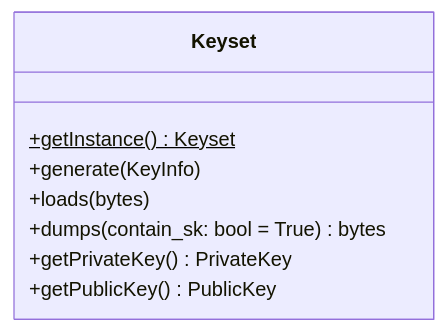
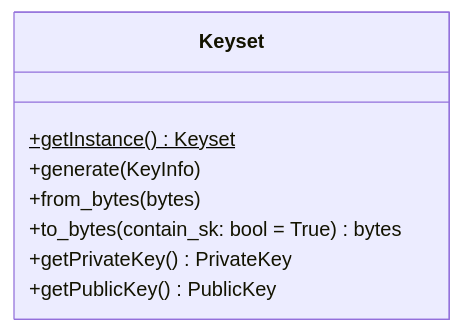
Before and after one commit to primus-labs/Aegis: the third of 7 diagrams in docs/design/binding.md, drawn with Mermaid. The commit also changed other lines of this file, not shown here.

````diff
--- a/docs/design/binding.md
+++ b/docs/design/binding.md
@@ -80,11 +81,11 @@
 ```mermaid {align="center"}
 classDiagram
   class Keyset {
     +getInstance() Keyset$
     +generate(KeyInfo)
-    +loads(bytes)
-    +dumps(contain_sk: bool = True) bytes
+    +from_bytes(bytes)
+    +to_bytes(contain_sk: bool = True) bytes
     +getPrivateKey() PrivateKey
     +getPublicKey() PublicKey
   }
 ```
````
